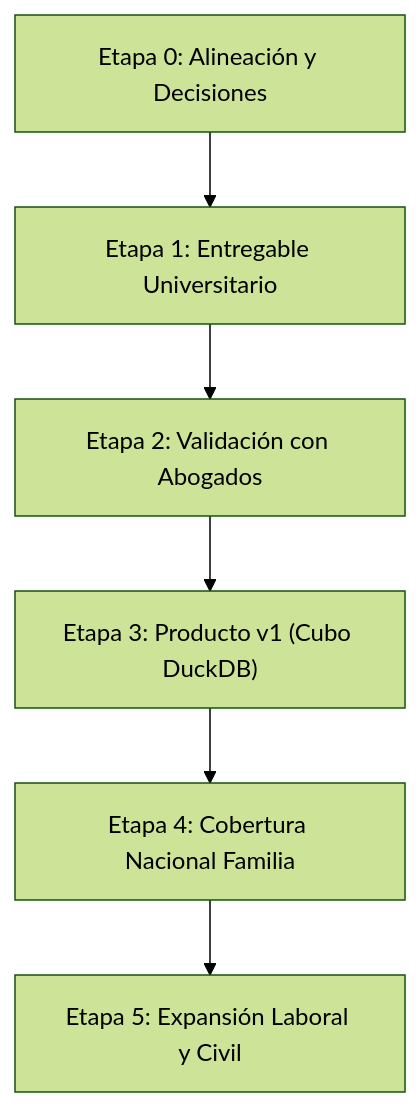
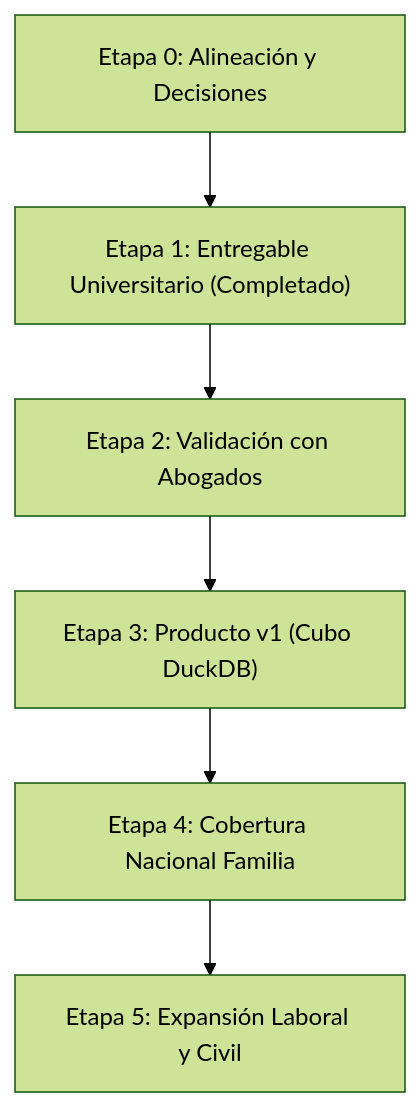
The diagram in README.md (cristobalarm2000/CD-2026-Proyecto-EquipoEMCR), drawn with Mermaid (forest theme) before and after one commit. The commit also changed other lines of this file, not shown here.

````diff
--- a/README.md
+++ b/README.md
@@ -134,8 +172,8 @@
 ```mermaid
 flowchart TD
-    D0["Etapa 0: Alineación y Decisiones"] --> D1["Etapa 1: Entregable Universitario"]
+    D0["Etapa 0: Alineación y Decisiones"] --> D1["Etapa 1: Entregable Universitario (Completado)"]
     D1 --> D2["Etapa 2: Validación con Abogados"]
     D2 --> D3["Etapa 3: Producto v1 (Cubo DuckDB)"]
     D3 --> D4["Etapa 4: Cobertura Nacional Familia"]
     D4 --> D5["Etapa 5: Expansión Laboral y Civil"]
 ```
````
